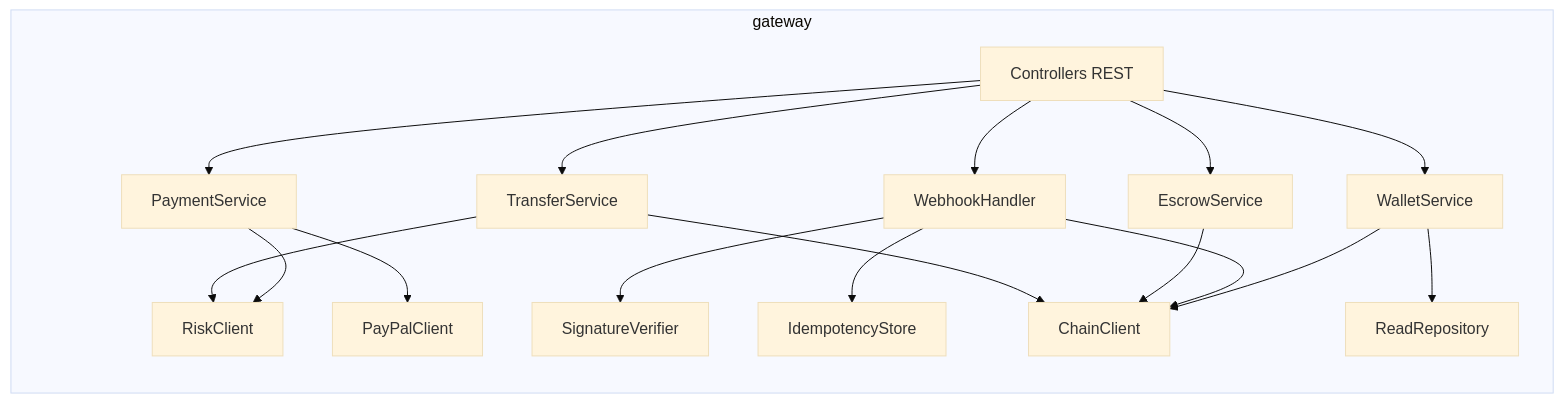
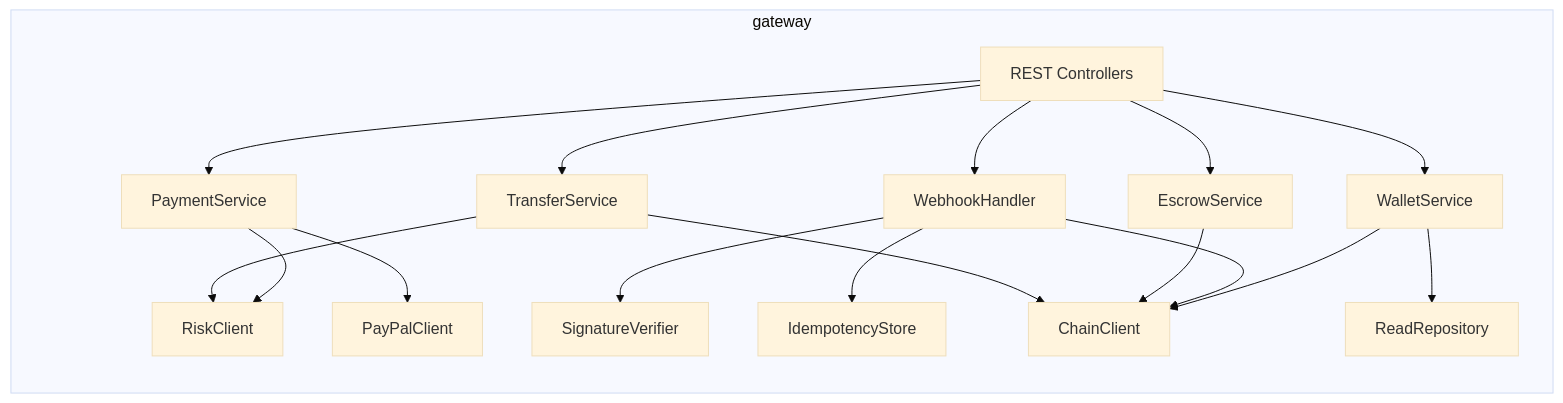
Before and after one commit to joeylukoji/Aurix: the third of 6 diagrams in docs/architecture/services.md, drawn with Mermaid (base theme). The commit also changed other lines of this file and 6 other files, not shown here.

````diff
--- a/docs/architecture/services.md
+++ b/docs/architecture/services.md
@@ -85,20 +85,20 @@
 ```mermaid
 flowchart LR
     subgraph gateway
-        C[Controllers REST] --> WS[WalletService]
+        C[REST Controllers] --> WS[WalletService]
         C --> TS[TransferService]
         C --> ES[EscrowService]
         C --> PS[PaymentService]
         C --> WH[WebhookHandler]
         TS --> RC[RiskClient]
         PS --> RC
         PS --> PC[PayPalClient]
         WH --> SV[SignatureVerifier]
         WH --> ID[IdempotencyStore]
         TS --> CC[ChainClient]
         ES --> CC
         WH --> CC
         WS --> CC
         WS --> RR[ReadRepository]
     end
 ```
````
